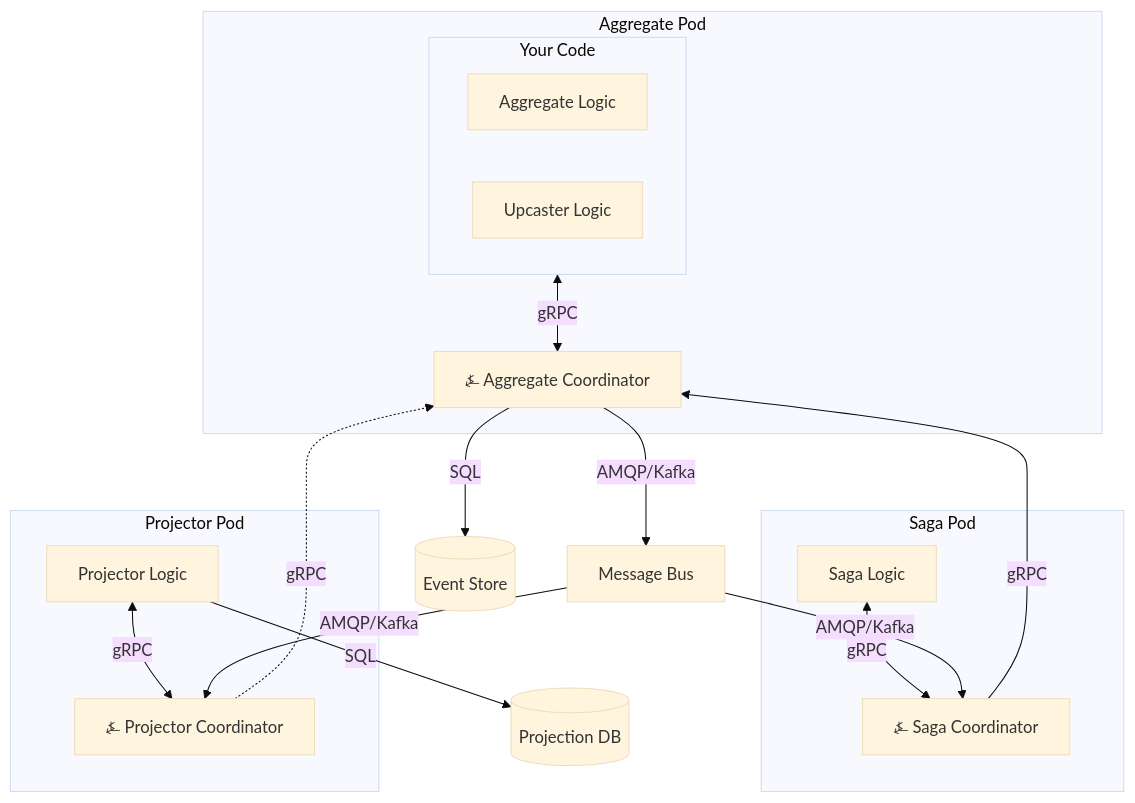
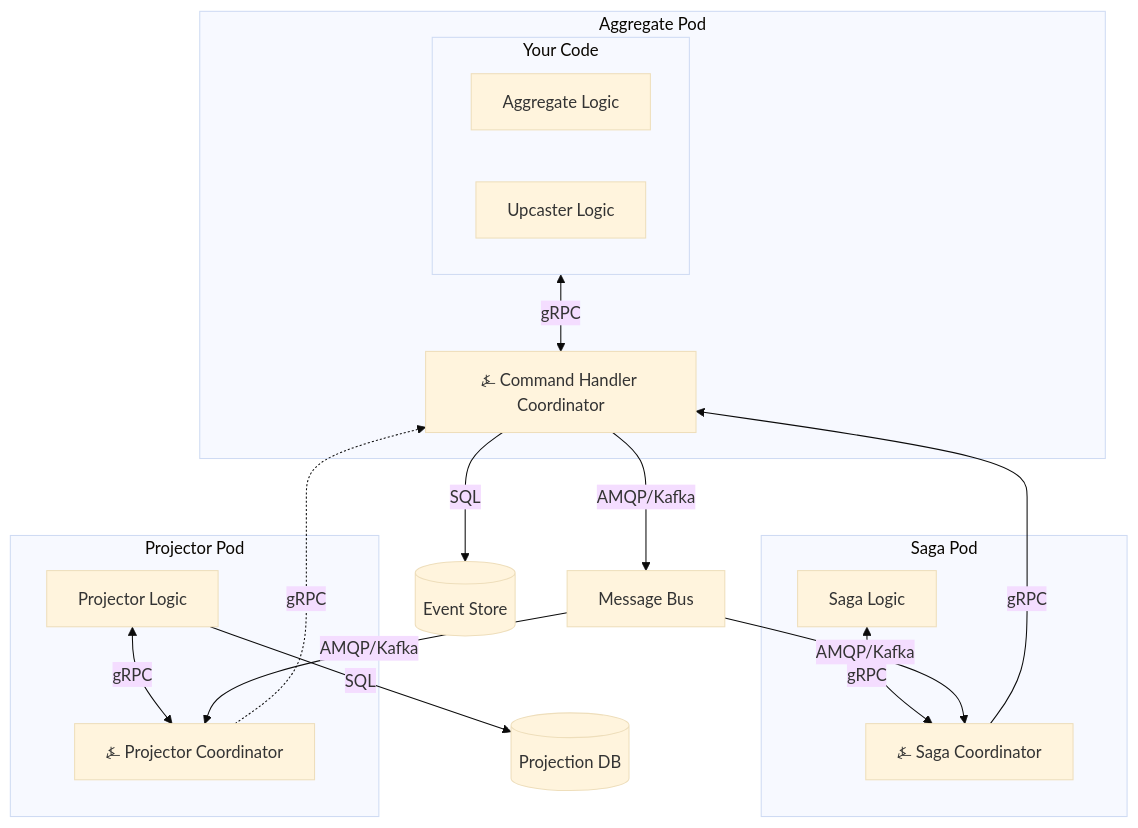
One commit to benjaminabbitt/angzarr changed the second of 3 diagrams in docs/docs/architecture.md. Above: the diagram before and after it, drawn with Mermaid (base theme). The commit also changed other lines of this file and 205 other files, not shown here.

First line of the commit message:
Rename Aggregate -> CommandHandler (CQRS infrastructure)

````diff
--- a/docs/docs/architecture.md
+++ b/docs/docs/architecture.md
@@ -87,31 +87,31 @@
 ```mermaid
 flowchart TB
     subgraph AggPod[Aggregate Pod]
         subgraph AggCode[Your Code]
             Agg[Aggregate Logic]
             Upc[Upcaster Logic]
         end
-        AggSidecar[⍼ Aggregate Coordinator]
+        AggSidecar[⍼ Command Handler Coordinator]
         AggCode <-->|gRPC| AggSidecar
     end
 
     subgraph SagaPod[Saga Pod]
         Saga[Saga Logic]
         SagaSidecar[⍼ Saga Coordinator]
         Saga <-->|gRPC| SagaSidecar
     end
 
     subgraph PrjPod[Projector Pod]
         Prj[Projector Logic]
         PrjSidecar[⍼ Projector Coordinator]
         Prj <-->|gRPC| PrjSidecar
     end
 
     AggSidecar -->|SQL| ES[(Event Store)]
     AggSidecar -->|AMQP/Kafka| MB[Message Bus]
     MB -->|AMQP/Kafka| SagaSidecar
     MB -->|AMQP/Kafka| PrjSidecar
     SagaSidecar -->|gRPC| AggSidecar
     PrjSidecar -.->|gRPC| AggSidecar
     Prj -->|SQL| PrjDB[(Projection DB)]
 ```
````
